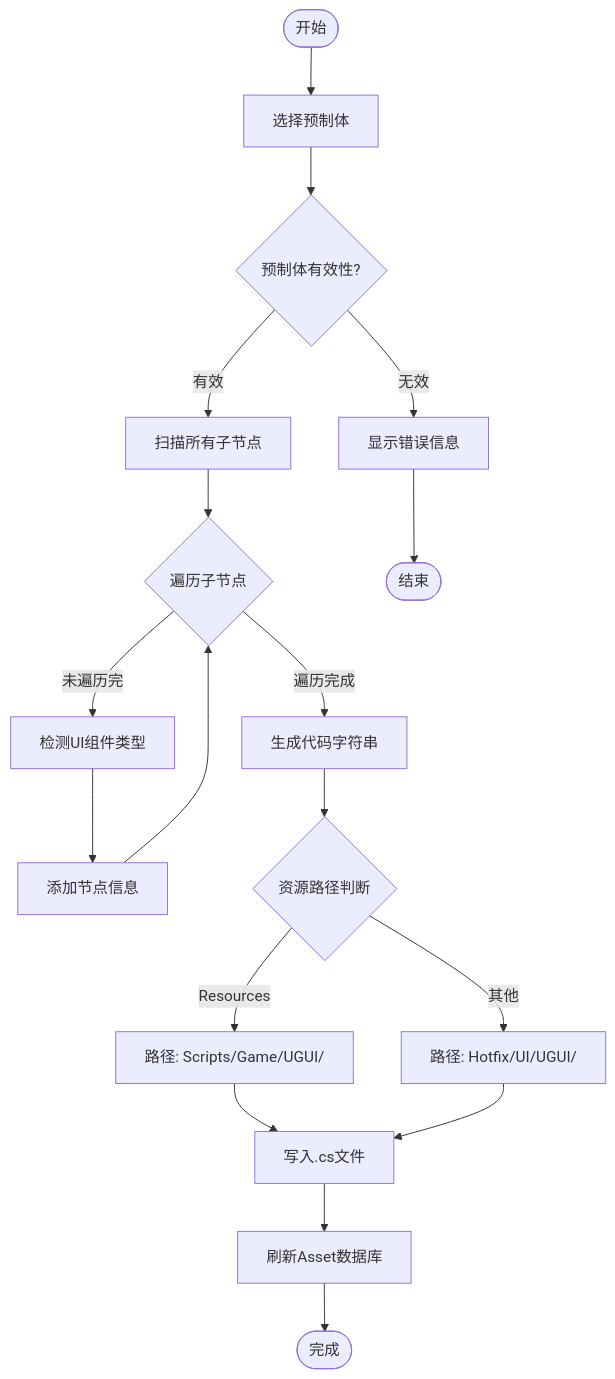
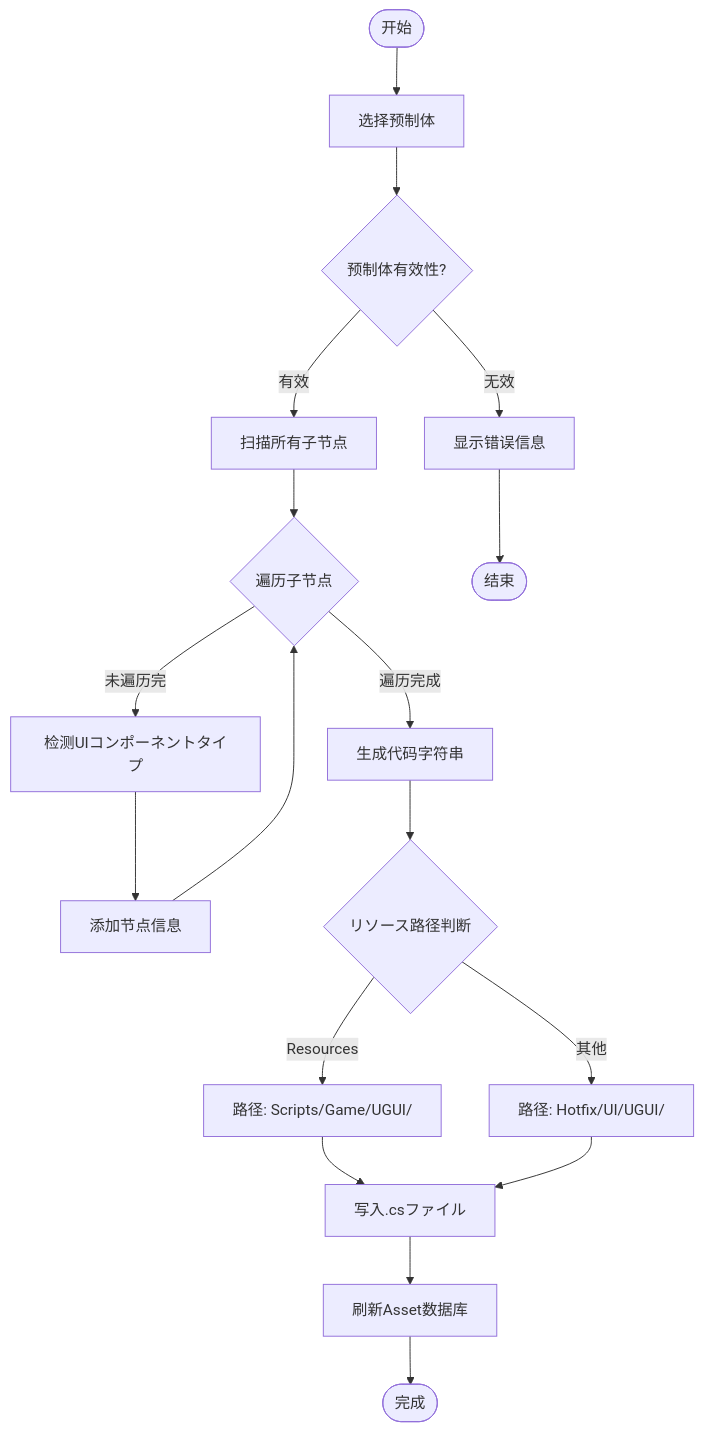
One commit to AlianBlank/GameFrameX.Docs changed the second of 2 diagrams in docs/ja/client/unity/component/ui-ugui/10.code-generator.md. Above: the diagram before and after it, drawn with Mermaid. The commit also changed other lines of this file and 603 other files, not shown here.

````diff
--- a/docs/ja/client/unity/component/ui-ugui/10.code-generator.md
+++ b/docs/ja/client/unity/component/ui-ugui/10.code-generator.md
@@ -80,24 +80,24 @@
 ```mermaid
 flowchart TD
     Start([开始]) --> Select[选择预制体]
     Select --> Check{预制体有效性?}
     Check -->|无效| Error1[显示错误信息]
     Check -->|有效| Scan[扫描所有子节点]
     
     Scan --> Loop{遍历子节点}
-    Loop -->|未遍历完| Detect[检测UI组件类型]
+    Loop -->|未遍历完| Detect[检测UIコンポーネントタイプ]
     Detect --> AddInfo[添加节点信息]
     AddInfo --> Loop
     
     Loop -->|遍历完成| Generate[生成代码字符串]
-    Generate --> Determine{资源路径判断}
+    Generate --> Determine{リソース路径判断}
     Determine -->|Resources| Path1[路径: Scripts/Game/UGUI/]
     Determine -->|其他| Path2[路径: Hotfix/UI/UGUI/]
     
-    Path1 --> Write[写入.cs文件]
+    Path1 --> Write[写入.csファイル]
     Path2 --> Write
     Write --> Refresh[刷新Asset数据库]
     Refresh --> Complete([完成])
     
     Error1 --> End([结束])
 ```
````
